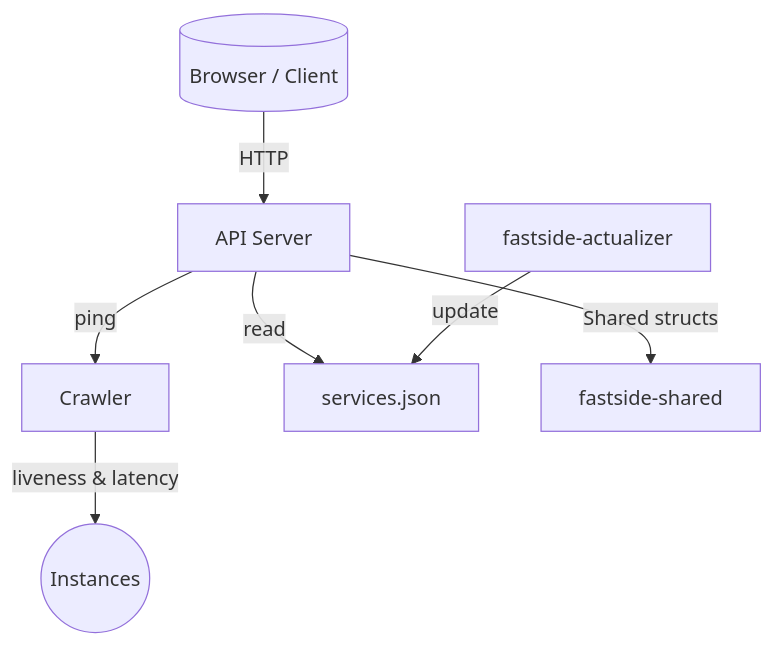
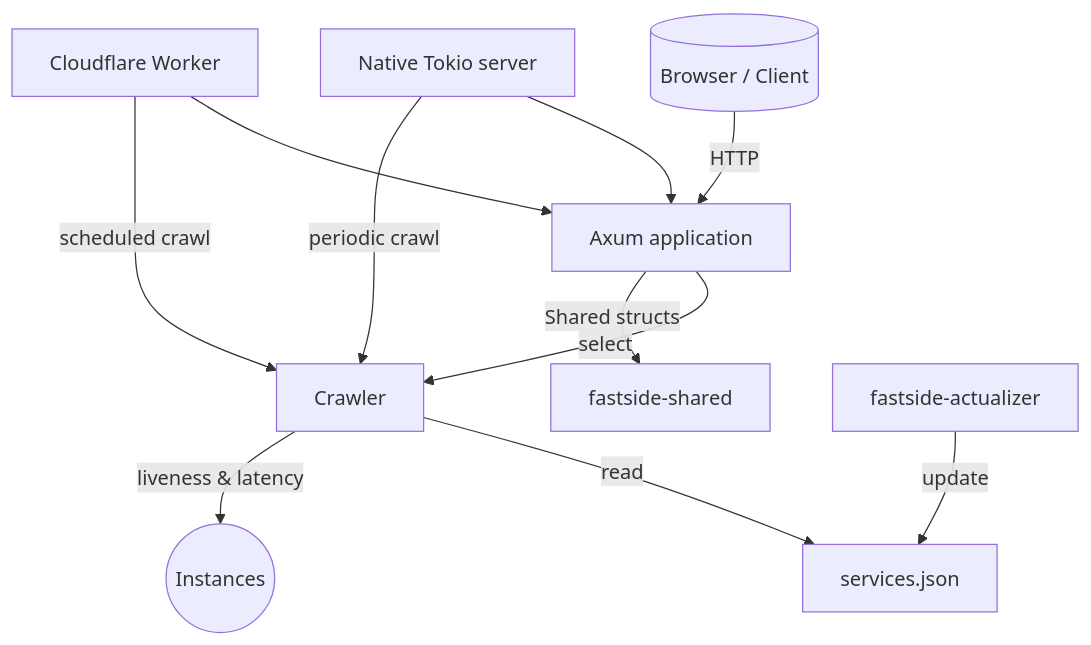
The diagram in docs/architecture.md (cofob/fastside), drawn with Mermaid before and after one commit. The commit also changed other lines of this file and 44 other files, not shown here.

Commit message:
Migrate server from Actix to Axum

````diff
--- a/docs/architecture.md
+++ b/docs/architecture.md
@@ -3,9 +3,13 @@
 ```mermaid
 flowchart TD
-    User[(Browser / Client)] -->|HTTP| Fastside[API Server]
-    Fastside -->|ping| Crawler
-    Fastside -->|read| ServicesData[services.json]
+    User[(Browser / Client)] -->|HTTP| Axum[Axum application]
+    Native[Native Tokio server] --> Axum
+    Worker[Cloudflare Worker] --> Axum
+    Axum -->|select| Crawler
+    Native -->|periodic crawl| Crawler
+    Worker -->|scheduled crawl| Crawler
+    Crawler -->|read| ServicesData[services.json]
     Crawler -->|liveness & latency| Instances((Instances))
-    Fastside -->|Shared structs| Shared[fastside-shared]
+    Axum -->|Shared structs| Shared[fastside-shared]
     Actualizer[fastside-actualizer] -->|update| ServicesData
 ```
````
